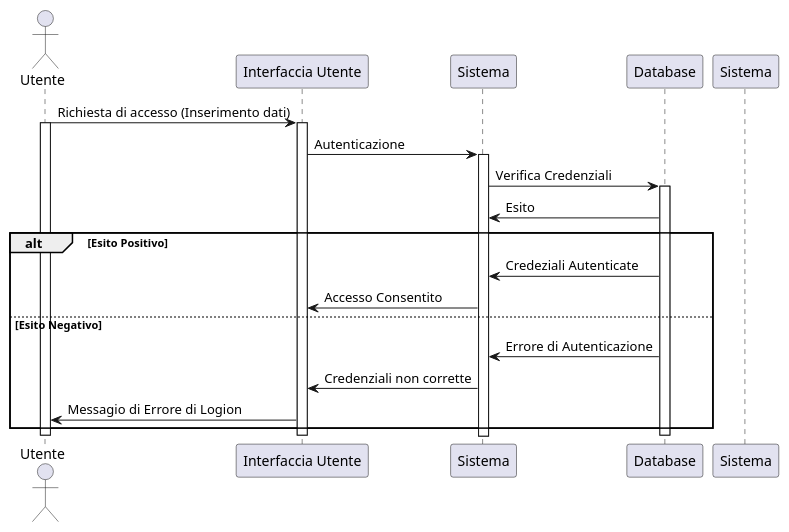
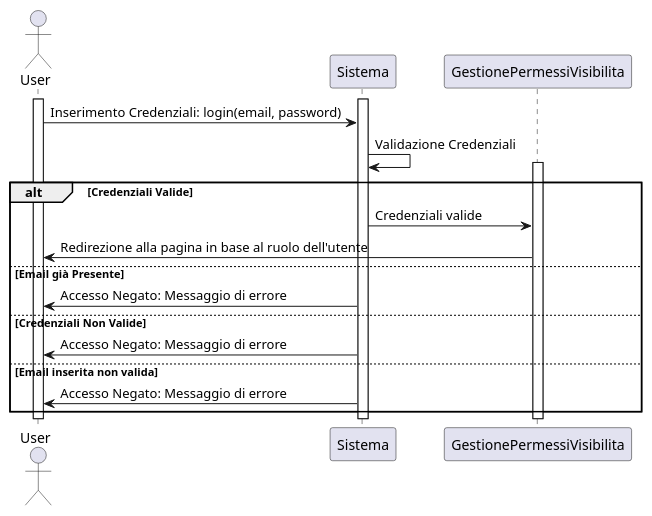
Before and after one commit to Air4x/Progetto_ISW: the diagram in VisualParadigm/diagramma_sequenza_accesso.puml, drawn with PlantUML. The commit also changed 5 other files, not shown here.

Commit message:
Modificat i diagrammi di sequenzza per accesso, registrazione,sottomisionearticolo,revisione,creaconferenza

```diff
--- a/VisualParadigm/diagramma_sequenza_accesso.puml
+++ b/VisualParadigm/diagramma_sequenza_accesso.puml
@@ -1,31 +1,28 @@
 @startuml
-actor Utente
 
-participant "Interfaccia Utente" as UI
-participant "Sistema" as SI
-participant "Database" as DB
+actor User as US
+participant "Sistema" as UI
+participant "GestionePermessiVisibilita" as PV
 
-Utente -> UI : Richiesta di accesso (Inserimento dati)
-activate Utente
+activate US
 activate UI
-UI -> SI : Autenticazione 
-activate SI
-SI -> DB : Verifica Credenziali
-activate DB
-DB ->SI : Esito
 
-alt Esito Positivo
-DB -> SI : Credeziali Autenticate
-SI -> UI: Accesso Consentito
-else Esito Negativo
-DB -> SI : Errore di Autenticazione
-SI -> UI : Credenziali non corrette
-UI -> Utente: Messagio di Errore di Logion
+US -> UI : Inserimento Credenziali: login(email, password)
+UI->UI : Validazione Credenziali
+
+alt Credenziali Valide
+activate PV
+UI -> PV : Credenziali valide
+PV -> US : Redirezione alla pagina in base al ruolo dell'utente
+else Email già Presente 
+UI -> US : Accesso Negato: Messaggio di errore
+else Credenziali Non Valide 
+UI -> US : Accesso Negato: Messaggio di errore
+else Email inserita non valida 
+UI -> US : Accesso Negato: Messaggio di errore
 end
 
-deactivate Utente
+deactivate US
 deactivate UI
-deactivate Sistema
-deactivate DB
-
+deactivate PV
 @enduml
```
